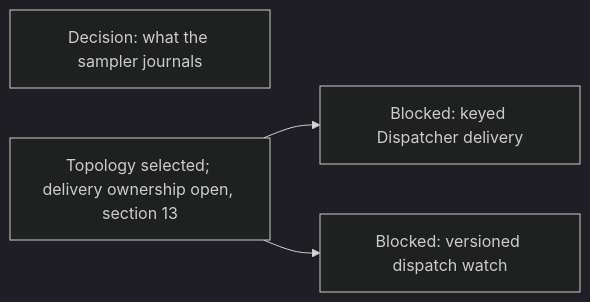
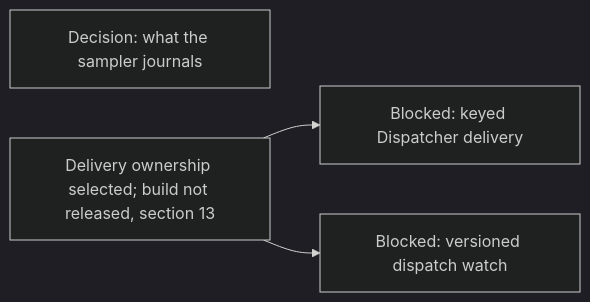
Diagram 20 of 21 in agentplane/plans/task_dag.md (agentydragon/ducktape), drawn with Mermaid (dark theme) before and after one commit. The commit also changed other lines of this file, not shown here.

First line of the commit message:
agentplane: record per-Session Postgres delivery lease decision

````diff
--- a/agentplane/plans/task_dag.md
+++ b/agentplane/plans/task_dag.md
@@ -3873,6 +3896,6 @@
 ```mermaid
 flowchart LR
     SAMPLER_JOURNAL_DIET[Decision: what the sampler journals]
-    DISPATCHER_PERSISTENCE_MODEL_DESIGN[Topology selected; delivery ownership open, section 13] --> DISPATCHER_KEYED_DELIVERY[Blocked: keyed Dispatcher delivery]
+    DISPATCHER_PERSISTENCE_MODEL_DESIGN[Delivery ownership selected; build not released, section 13] --> DISPATCHER_KEYED_DELIVERY[Blocked: keyed Dispatcher delivery]
     DISPATCHER_PERSISTENCE_MODEL_DESIGN --> DISPATCHER_WATCH_VERSIONS[Blocked: versioned dispatch watch]
 ```
````
